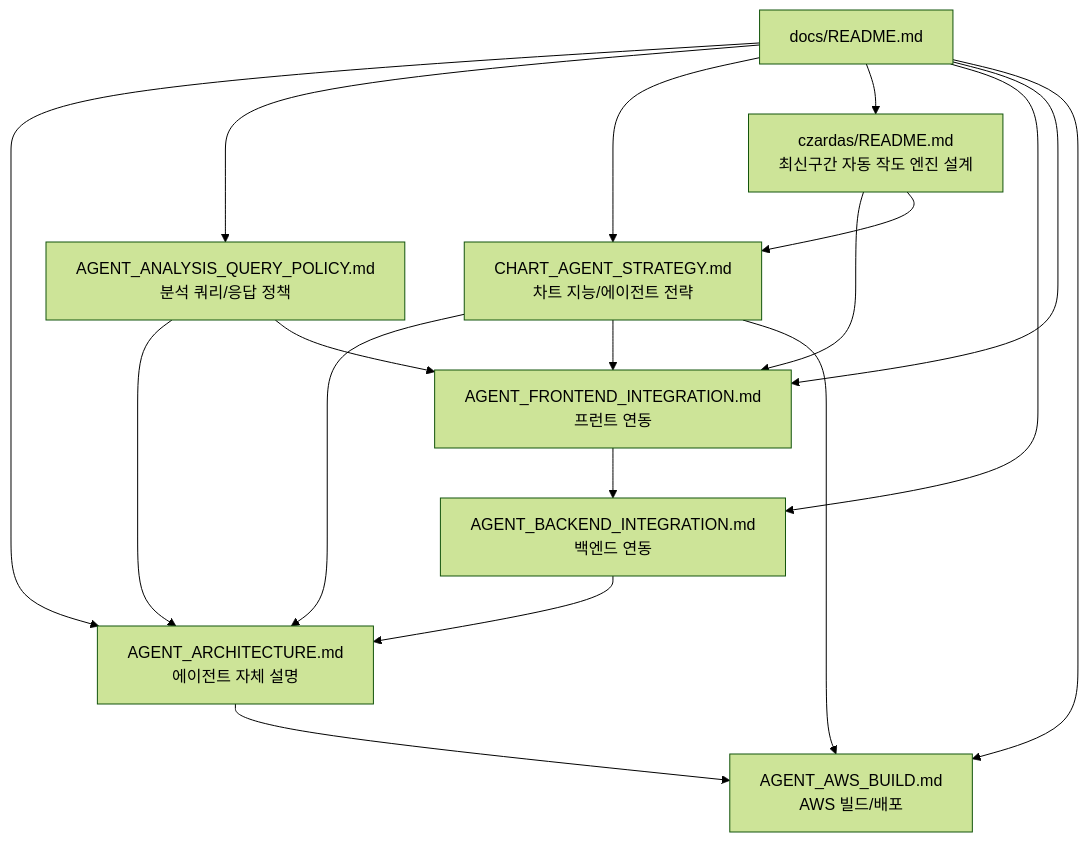
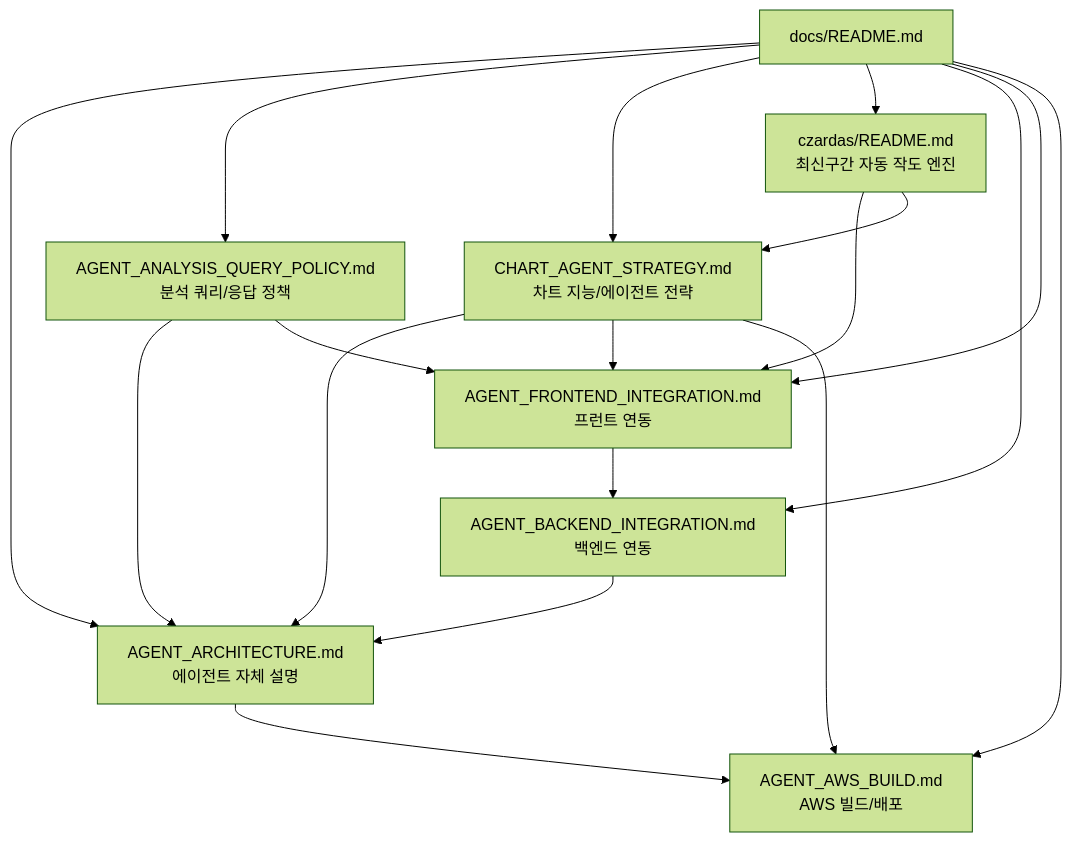
Before and after one commit to KFJG-Team1/gops: the diagram in docs/README.md, drawn with Mermaid (forest theme). The commit also changed other lines of this file and 103 other files, not shown here.

Commit message:
feat: add czardas chart analysis engine

````diff
--- a/docs/README.md
+++ b/docs/README.md
@@ -6,29 +6,29 @@
 ```mermaid
 flowchart TD
   README["docs/README.md"]
   ARCH["AGENT_ARCHITECTURE.md<br/>에이전트 자체 설명"]
   POLICY["AGENT_ANALYSIS_QUERY_POLICY.md<br/>분석 쿼리/응답 정책"]
   CHARTAGENT["CHART_AGENT_STRATEGY.md<br/>차트 지능/에이전트 전략"]
-  CZARDAS["czardas/README.md<br/>최신구간 자동 작도 엔진 설계"]
+  CZARDAS["czardas/README.md<br/>최신구간 자동 작도 엔진"]
   BE["AGENT_BACKEND_INTEGRATION.md<br/>백엔드 연동"]
   FE["AGENT_FRONTEND_INTEGRATION.md<br/>프런트 연동"]
   AWS["AGENT_AWS_BUILD.md<br/>AWS 빌드/배포"]
 
   README --> ARCH
   README --> POLICY
   README --> CHARTAGENT
   README --> CZARDAS
   README --> BE
   README --> FE
   README --> AWS
   POLICY --> ARCH
   CHARTAGENT --> ARCH
   CHARTAGENT --> FE
   CHARTAGENT --> AWS
   CZARDAS --> FE
   CZARDAS --> CHARTAGENT
   POLICY --> FE
   FE --> BE
   BE --> ARCH
   ARCH --> AWS
 ```
````
